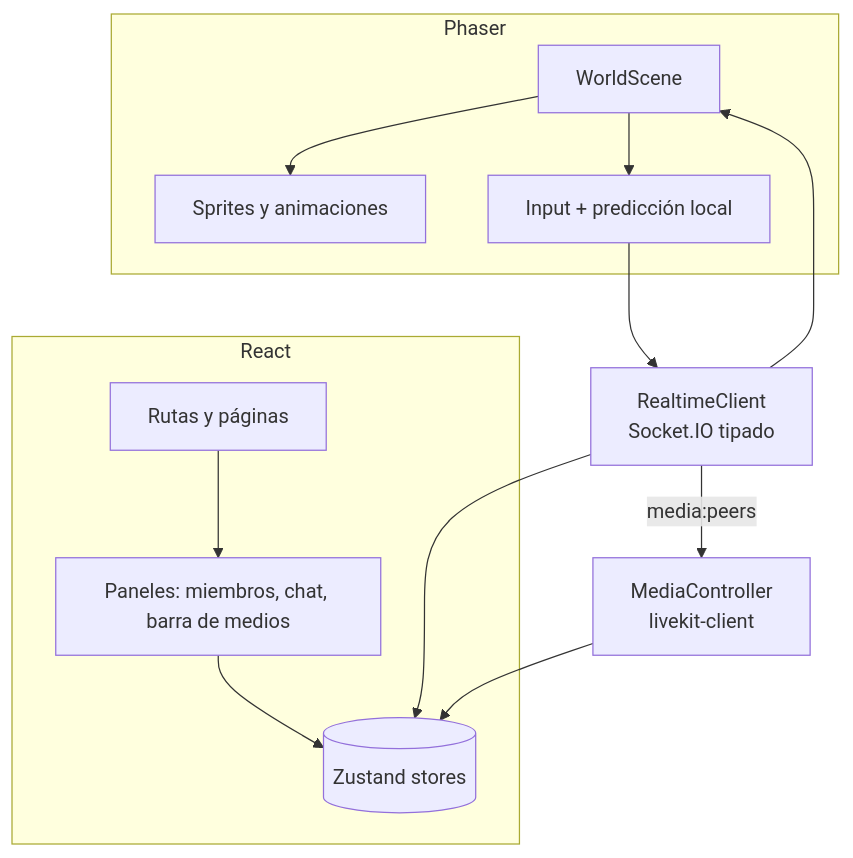
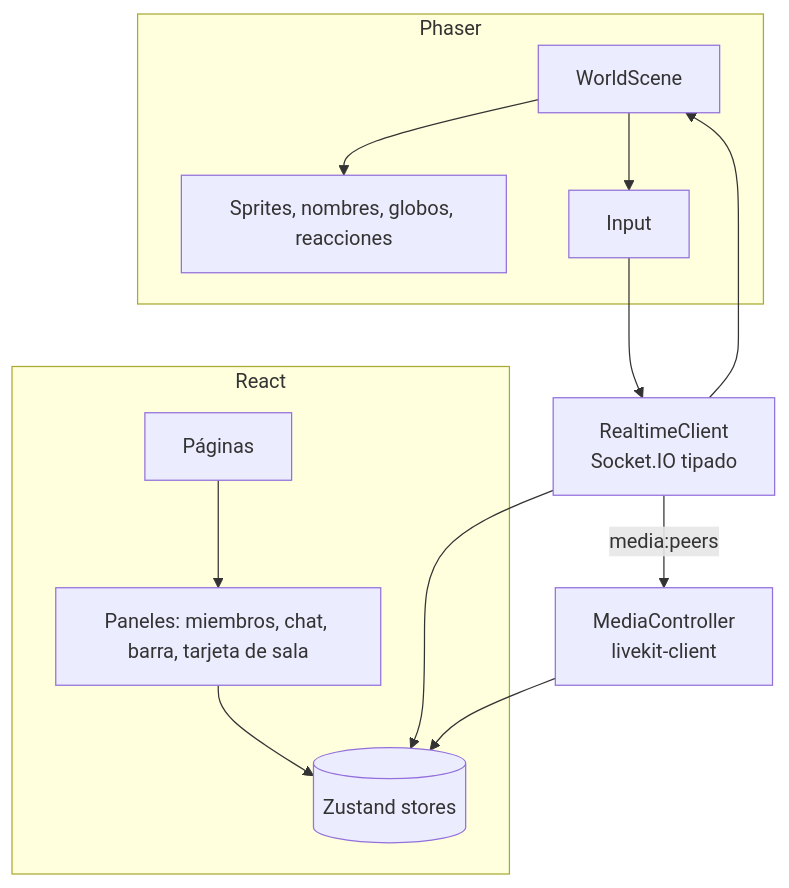
Before and after one commit to nesram5/html-course: the second of 4 diagrams in docs/virtual-office-mvp/02-arquitectura.md, drawn with Mermaid. The commit also changed other lines of this file and 19 other files, not shown here.

````diff
--- a/docs/virtual-office-mvp/02-arquitectura.md
+++ b/docs/virtual-office-mvp/02-arquitectura.md
@@ -177,16 +146,16 @@
 ```mermaid
 flowchart TB
     subgraph React
-      R[Rutas y páginas] --> P[Paneles: miembros, chat, barra de medios]
+      R[Páginas] --> P[Paneles: miembros, chat, barra, tarjeta de sala]
       P --> ZS[(Zustand stores)]
     end
     subgraph Phaser
-      WS[WorldScene] --> SP[Sprites y animaciones]
-      WS --> IN[Input + predicción local]
+      WS[WorldScene] --> SP[Sprites, nombres, globos, reacciones]
+      WS --> IN[Input]
     end
     RT[RealtimeClient<br/>Socket.IO tipado] --> ZS
     RT --> WS
     IN --> RT
     MC[MediaController<br/>livekit-client] --> ZS
     RT -->|media:peers| MC
 ```
````
